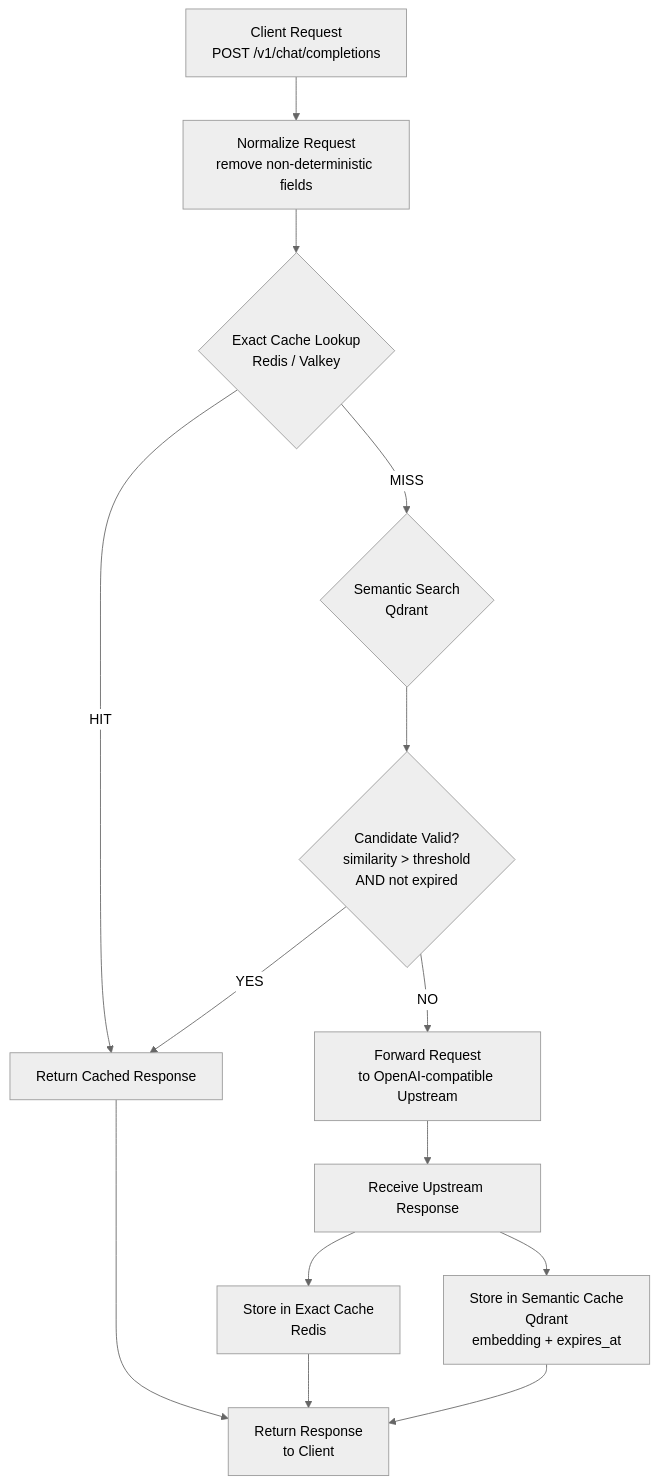
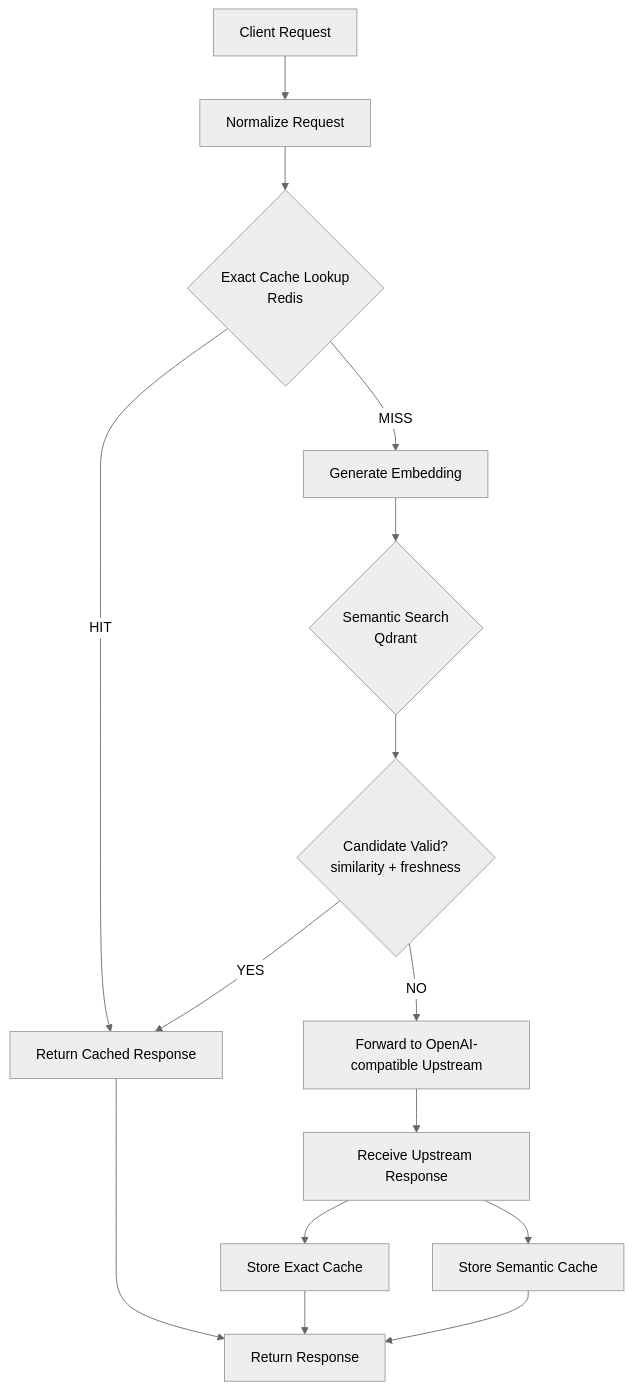
One commit to vcal-project/ai-firewall changed the diagram in docs/how-it-works.md. Above: the diagram before and after it, drawn with Mermaid (neutral theme). The commit also changed other lines of this file and 28 other files, not shown here.

````diff
--- a/docs/how-it-works.md
+++ b/docs/how-it-works.md
@@ -14,45 +56,49 @@
 ```mermaid
 flowchart TD
 
-    A[Client Request<br/>POST /v1/chat/completions]
+    A[Client Request]
 
-    B[Normalize Request<br/>remove non-deterministic fields]
+    B[Normalize Request]
 
-    C{Exact Cache Lookup<br/>Redis / Valkey}
+    C{Exact Cache Lookup<br/>Redis}
 
     D[Return Cached Response]
 
-    E{Semantic Search<br/>Qdrant}
+    E[Generate Embedding]
 
-    E2{Candidate Valid?<br/>similarity &gt; threshold<br/>AND not expired}
+    F{Semantic Search<br/>Qdrant}
 
-    F[Forward Request<br/>to OpenAI-compatible Upstream]
+    G{Candidate Valid?<br/>similarity + freshness}
 
-    G[Receive Upstream Response]
+    H[Forward to OpenAI-compatible Upstream]
 
-    H[Store in Exact Cache<br/>Redis]
+    I[Receive Upstream Response]
 
-    I[Store in Semantic Cache<br/>Qdrant<br/>embedding + expires_at]
+    J[Store Exact Cache]
 
-    J[Return Response<br/>to Client]
+    K[Store Semantic Cache]
+
+    L[Return Response]
 
     A --> B
     B --> C
 
     C -->|HIT| D
-    D --> J
+    D --> L
 
     C -->|MISS| E
-
-    E --> E2
-
-    E2 -->|YES| D
-    E2 -->|NO| F
+    E --> F
 
     F --> G
-    G --> H
-    G --> I
 
-    H --> J
+    G -->|YES| D
+    G -->|NO| H
+
+    H --> I
+
     I --> J
+    I --> K
+
+    J --> L
+    K --> L
 ```
````
